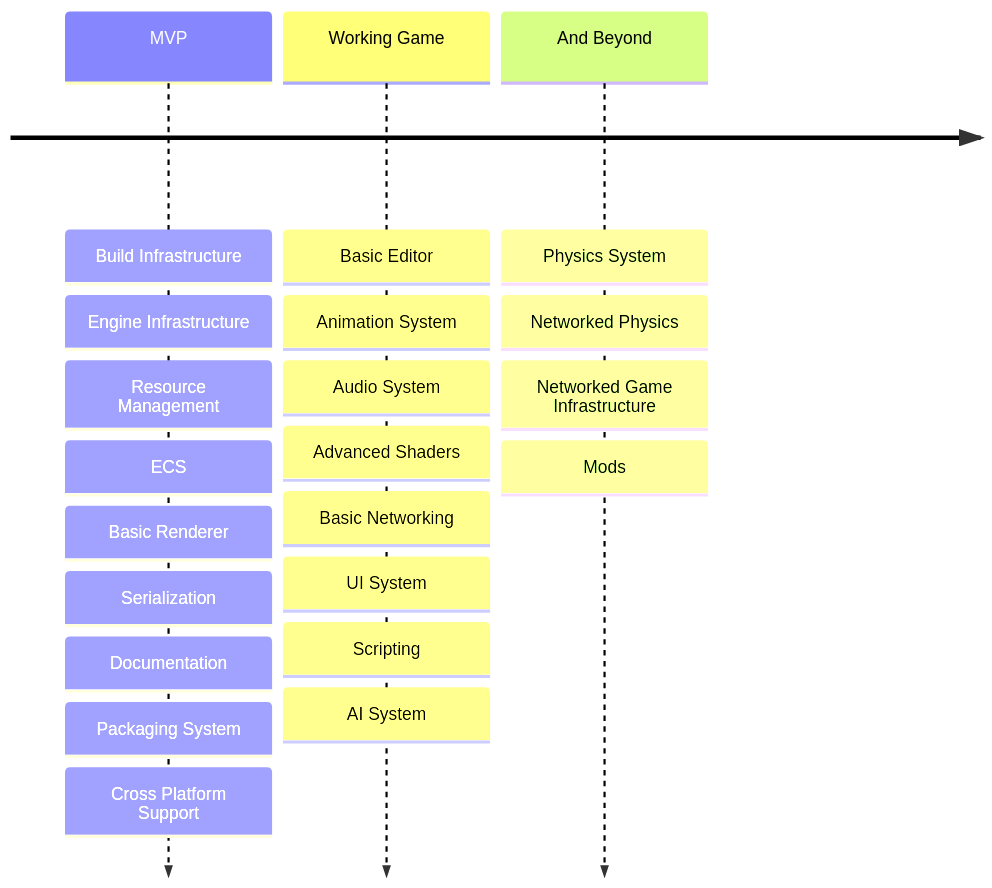
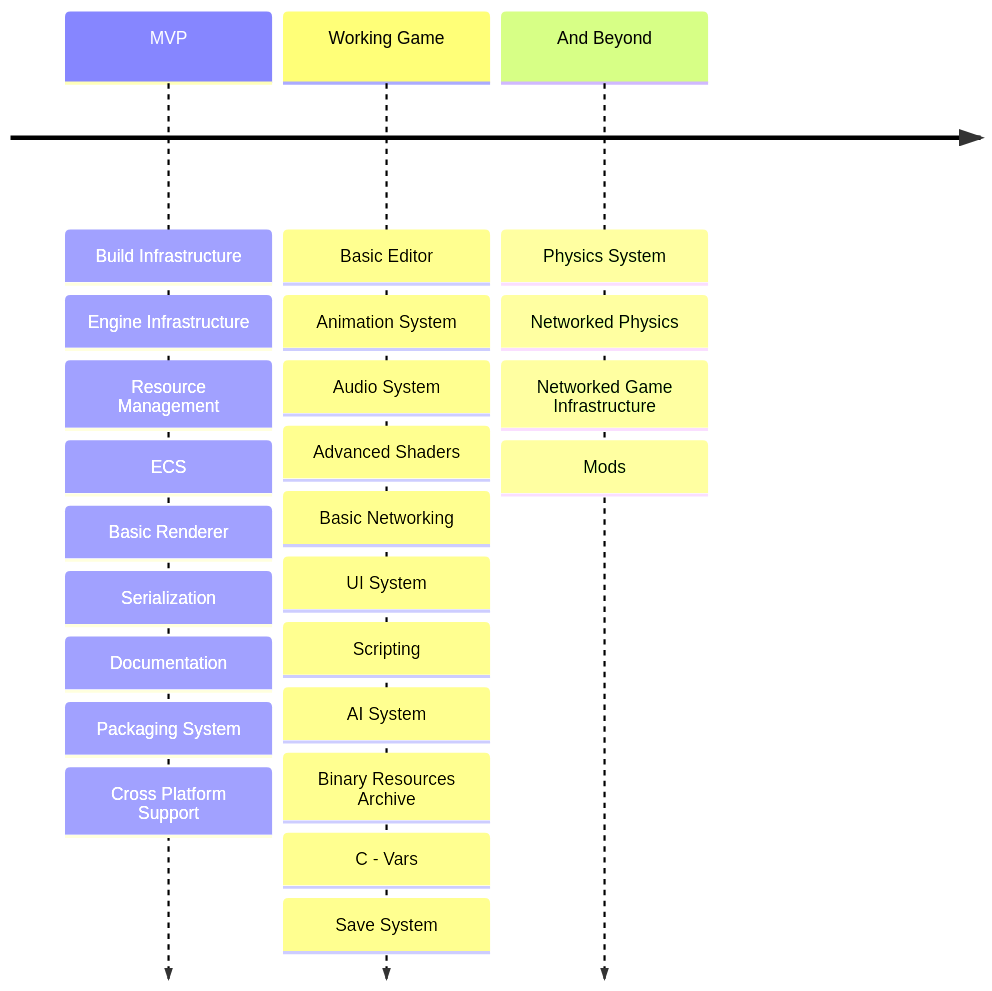
The diagram in docs/source/development-status.md (JonatanNevo/portal-framework), drawn with Mermaid before and after one commit. The commit also changed other lines of this file and 2 other files, not shown here.

````diff
--- a/docs/source/development-status.md
+++ b/docs/source/development-status.md
@@ -7,30 +7,33 @@
 ```{mermaid}
 ---
 zoom: true
 align: center
 ---
 timeline
     MVP : Build Infrastructure
         : Engine Infrastructure
         : Resource Management
         : ECS
         : Basic Renderer
         : Serialization
         : Documentation
         : Packaging System
         : Cross Platform Support
     
     Working Game : Basic Editor
                  : Animation System
                  : Audio System
                  : Advanced Shaders
                  : Basic Networking
                  : UI System
                  : Scripting
                  : AI System
+                 : Binary Resources Archive
+                 : C - Vars
+                 : Save System
 
     And Beyond   : Physics System
                  : Networked Physics
                  : Networked Game Infrastructure
                  : Mods
 ```
````
